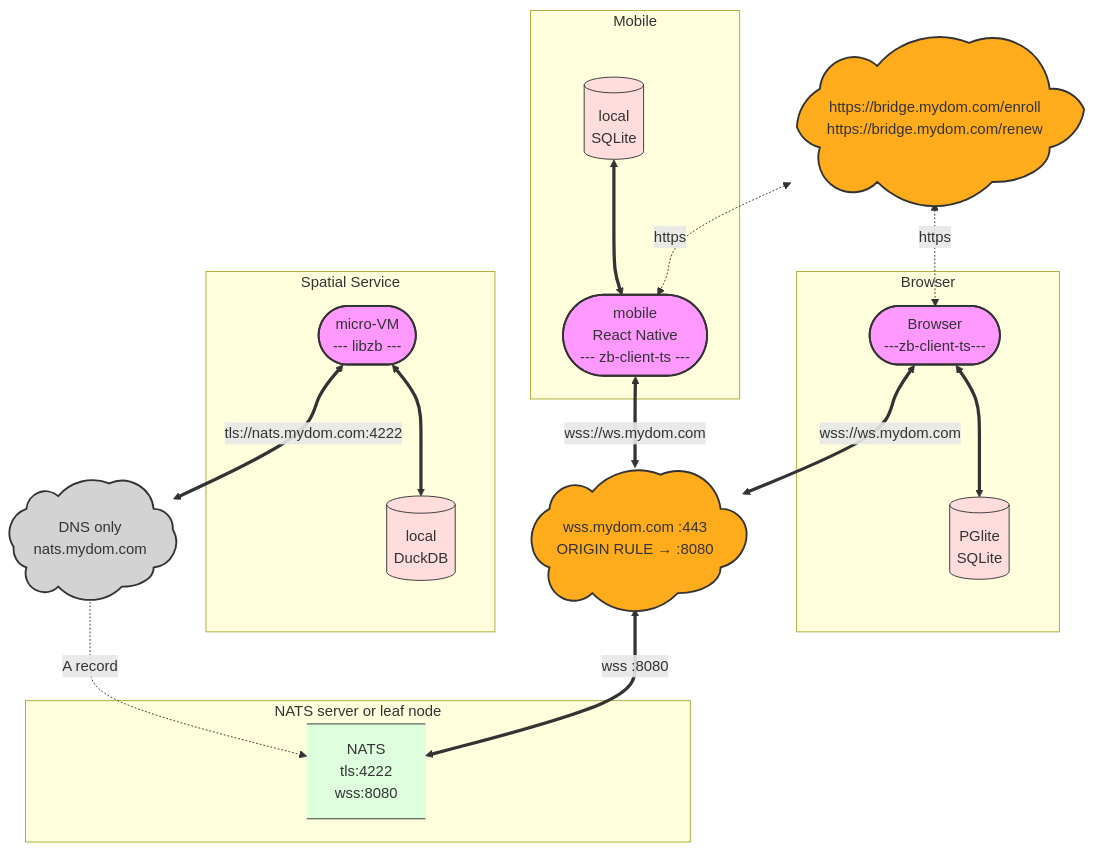
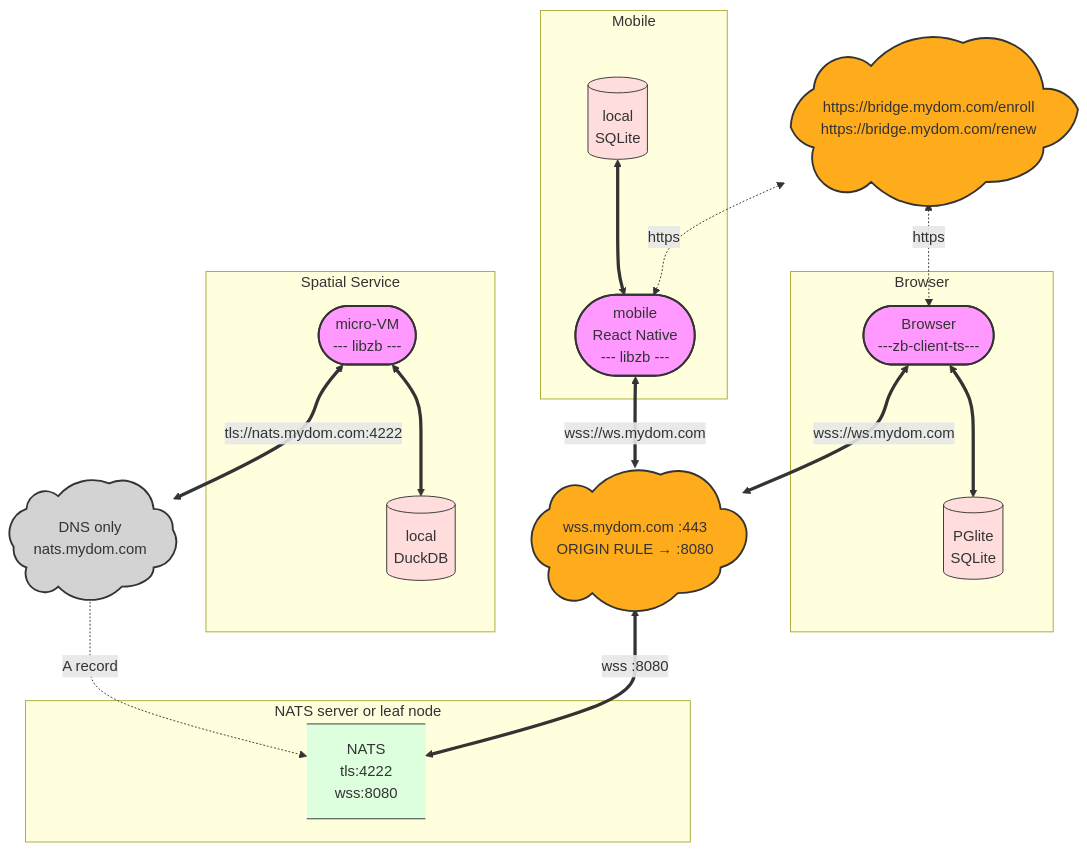
Before and after one commit to ndrean/ZeBridge: the third of 7 diagrams in README.md, drawn with Mermaid. The commit also changed other lines of this file and 56 other files, not shown here.

First line of the commit message:
React Native through libzb only: zb-client-ts loses its react-native entry

````diff
--- a/README.md
+++ b/README.md
@@ -409,50 +410,50 @@
 ```mermaid
 graph TD
     classDef external fill:#f9f,stroke:#333,stroke-width:2px;
     classDef orange-proxy fill:#FFAC1C,stroke:#333,stroke-width:2px;
     classDef grey-proxy fill:#D3D3D3,stroke:#333,stroke-width:2px;
     classDef internal fill:#dfd,stroke:#333,stroke-width:1px;
     classDef secure fill:#fdd,stroke:#333,stroke-width:1px;
     classDef telemetry fill:#fff2cc,stroke:#d6b656,stroke-width:1px;
     classDef daemon fill:#bdf3ff,stroke:#ac0100,stroke-width:2px;
 
     subgraph Mobile
-      UserMobile([mobile<br>React Native<br>--- zb-client-ts ---]):::external
+      UserMobile([mobile<br>React Native<br>--- libzb ---]):::external
       LocalSQLite[(local<br>SQLite)]:::secure
       LocalSQLite <==>  UserMobile
     end
 
     subgraph Browser
       B([Browser<br>---zb-client-ts---]):::external
       LocalLite[(PGlite<br>SQLite)]:::secure
       B<==> LocalLite
     end
 
     subgraph Spatial Service
       VM([micro-VM<br>--- libzb ---]):::external
       LocalDuckDB[(local<br>DuckDB)]:::secure
       VM <==> LocalDuckDB
     end
 
     CF(["https://bridge.mydom.com/enroll<br>https://bridge.mydom.com/renew"]):::orange-proxy
     CF@{ shape: cloud }
     CFWS(["wss.mydom.com :443<br>ORIGIN RULE → :8080"]):::orange-proxy
     CFWS@{ shape: cloud }
     CFNATS(["DNS only<br>nats.mydom.com"]):::grey-proxy
     CFNATS@{ shape: cloud }
 
     
 
     subgraph VPS ["NATS server or leaf node"]
         NATS[NATS<br>tls:4222<br>wss:8080]:::internal
         NATS@{ shape: data-store }
     end
 
     CF <-.-> |https| B
     CF <-.->|https| UserMobile
     B <==> |wss://ws.mydom.com| CFWS
     UserMobile <==>|wss://ws.mydom.com| CFWS
     CFWS <==>|wss :8080| NATS
     VM <==> |tls://nats.mydom.com:4222| CFNATS
     CFNATS -.->|A record| NATS
 ```
````
